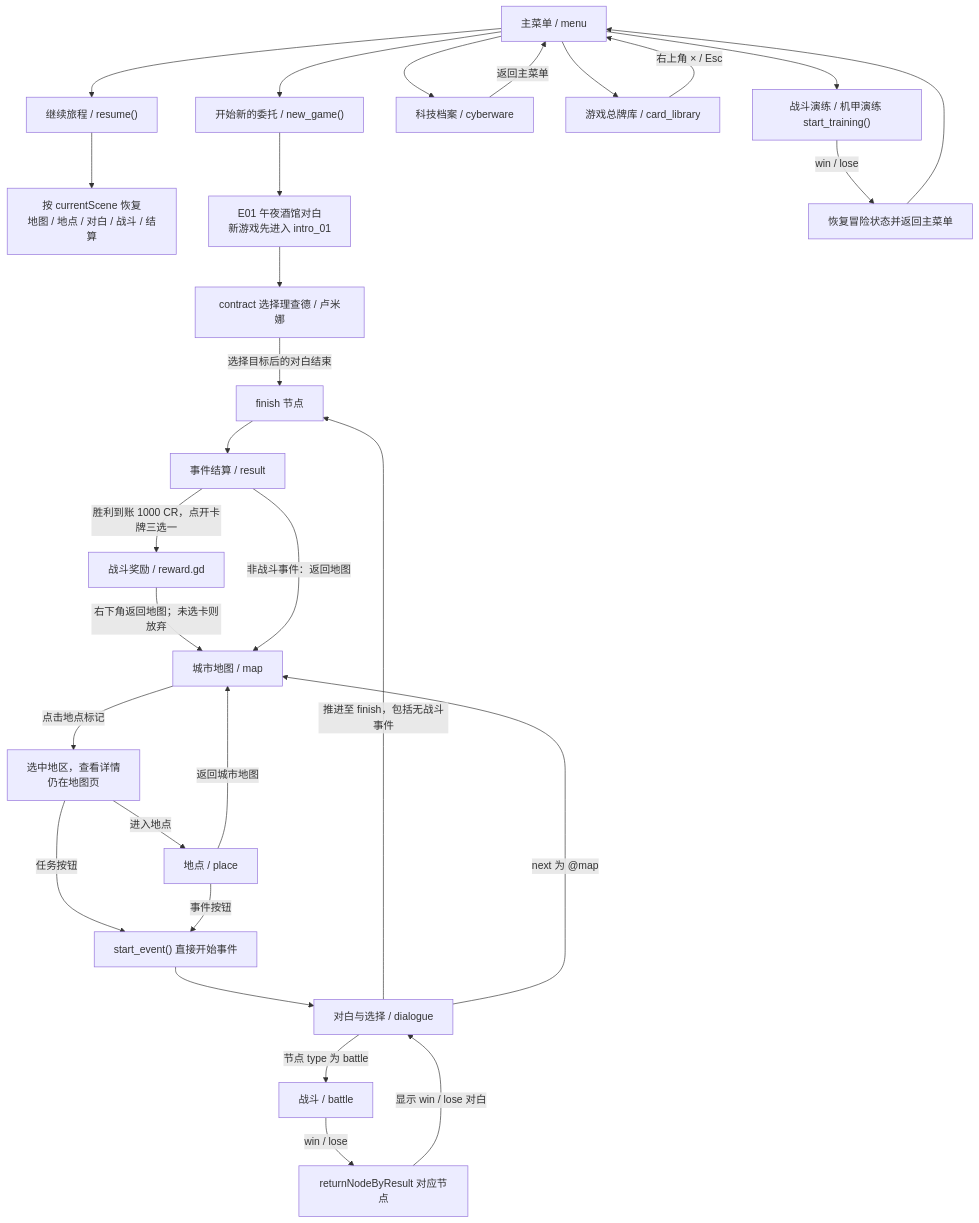
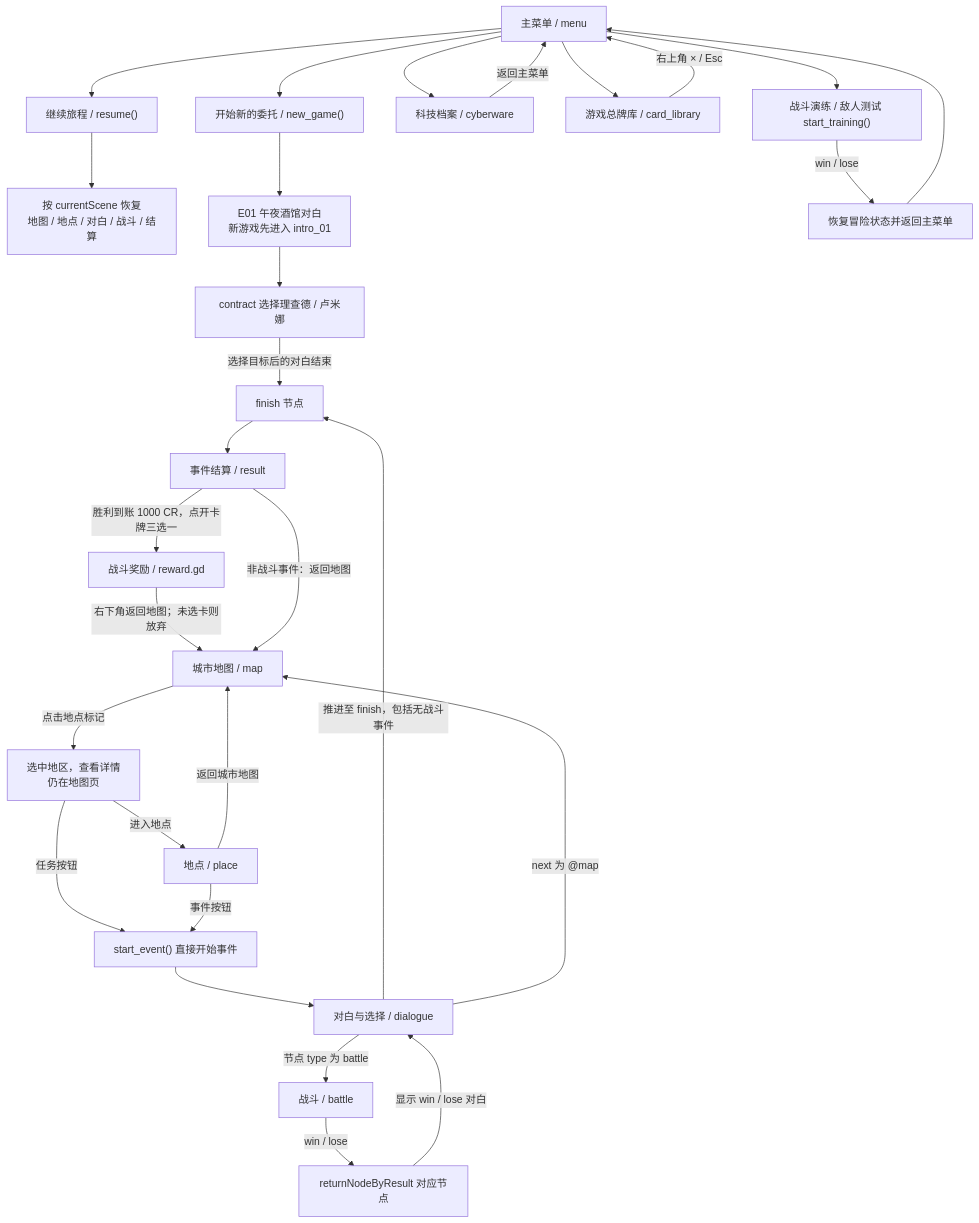
The diagram in docs/游戏流程与路由.md (iris-homework/game-demo), drawn with Mermaid before and after one commit. The commit also changed other lines of this file and 43 other files, not shown here.

````diff
--- a/docs/游戏流程与路由.md
+++ b/docs/游戏流程与路由.md
@@ -39,50 +39,50 @@
 ```mermaid
 flowchart TD
     menu["主菜单 / menu"]
     newgame["开始新的委托 / new_game()"]
     resume["继续旅程 / resume()"]
     restore["按 currentScene 恢复<br/>地图 / 地点 / 对白 / 战斗 / 结算"]
     e01["E01 午夜酒馆对白<br/>新游戏先进入 intro_01"]
     contract["contract 选择理查德 / 卢米娜"]
     map["城市地图 / map"]
     detail["选中地区，查看详情<br/>仍在地图页"]
     place["地点 / place"]
     startEvent["start_event() 直接开始事件"]
     dialogue["对白与选择 / dialogue"]
     battle["战斗 / battle"]
     finishNode["finish 节点"]
     result["事件结算 / result"]
     cyberware["科技档案 / cyberware"]
     library["游戏总牌库 / card_library"]
-    training["战斗演练 / 机甲演练 start_training()"]
+    training["战斗演练 / 敌人测试 start_training()"]
     trainEnd["恢复冒险状态并返回主菜单"]
 
     menu --> newgame
     menu --> resume
     menu --> cyberware
     menu --> library
     library -->|"右上角 × / Esc"| menu
     menu --> training
     newgame --> e01
     resume --> restore
     e01 --> contract
     contract -->|"选择目标后的对白结束"| finishNode
     map -->|"点击地点标记"| detail
     detail -->|"进入地点"| place
     detail -->|"任务按钮"| startEvent
     place -->|"事件按钮"| startEvent
     place -->|"返回城市地图"| map
     startEvent --> dialogue
     dialogue -->|"节点 type 为 battle"| battle
     dialogue -->|"推进至 finish，包括无战斗事件"| finishNode
     dialogue -->|"next 为 @map"| map
     battle -->|"win / lose"| ret["returnNodeByResult 对应节点"]
     ret -->|"显示 win / lose 对白"| dialogue
     finishNode --> result
     result -->|"胜利到账 1000 CR，点开卡牌三选一"| choice["战斗奖励 / reward.gd"]
     choice -->|"右下角返回地图；未选卡则放弃"| map
     result -->|"非战斗事件：返回地图"| map
     training -->|"win / lose"| trainEnd
     trainEnd --> menu
     cyberware -->|"返回主菜单"| menu
 ```
````
